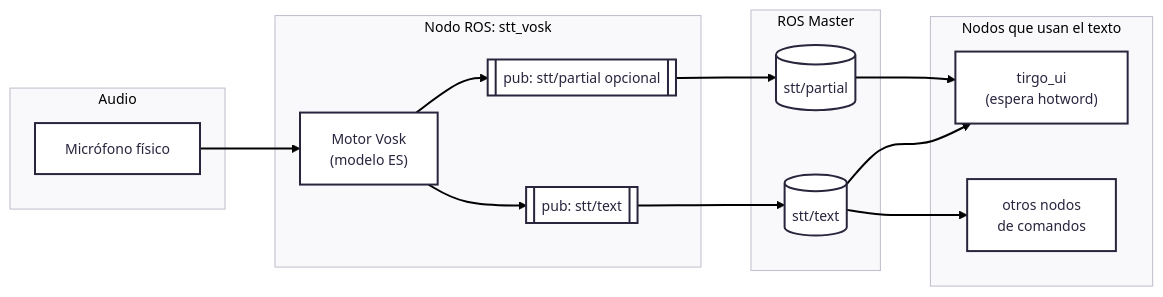
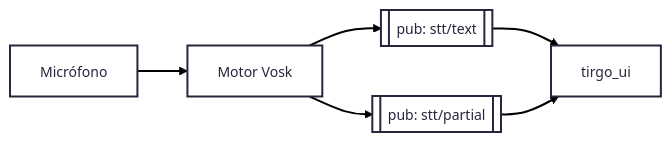
Before and after one commit to lucascampillode/TirGo: the diagram in carpeta_compartida/ros_ws/src/stt_vosk/README.md, drawn with Mermaid. The commit also changed other lines of this file, not shown here.

````diff
--- a/carpeta_compartida/ros_ws/src/stt_vosk/README.md
+++ b/carpeta_compartida/ros_ws/src/stt_vosk/README.md
@@ -131,37 +183,12 @@
 ```mermaid
 ---
 config:
-      theme: redux
+  theme: redux
 ---
 flowchart LR
-    subgraph Audio
-        MIC[Micrófono físico]
-    end
-
-    subgraph NodoSTT["Nodo ROS: stt_vosk"]
-        VOSK["Motor Vosk\n(modelo ES)"]
-        PUBTXT[[pub: stt/text]]
-        PUBPART[[pub: stt/partial opcional]]
-    end
-
-    subgraph ROS["ROS Master"]
-        TTXT[(stt/text)]
-        TPART[(stt/partial)]
-    end
-
-    subgraph Consumidores["Nodos que usan el texto"]
-        UI["tirgo_ui\n(espera hotword)"]
-        OTHER["otros nodos\nde comandos"]
-    end
-
-    MIC --> VOSK
-    VOSK --> PUBTXT
-    VOSK --> PUBPART
-
-    PUBTXT --> TTXT
-    PUBPART --> TPART
-
-    TTXT --> UI
-    TTXT --> OTHER
-    TPART --> UI
+    MIC[Micrófono] --> VOSK["Motor Vosk"]
+    VOSK --> TXT[[pub: stt/text]]
+    VOSK --> PART[[pub: stt/partial]]
+    TXT --> UI["tirgo_ui"]
+    PART --> UI
 ```
````
